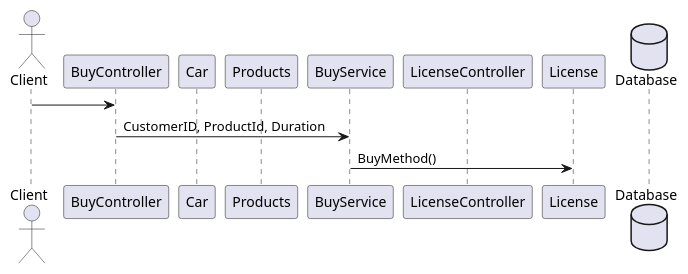
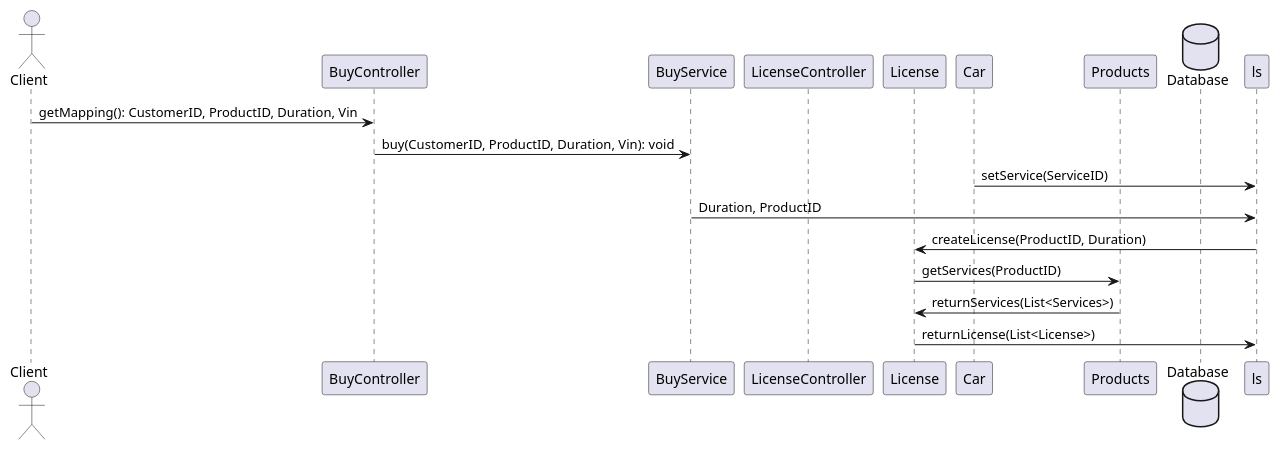
The diagram in SequenceBuy_1.puml (ljbg1996/car-backend), drawn with PlantUML before and after one commit. The commit also changed 1 other file, not shown here.

Commit message:
1.1.2 sequence

```diff
--- a/SequenceBuy_1.puml
+++ b/SequenceBuy_1.puml
@@ -1,21 +1,28 @@
 @startuml
 'https://plantuml.com/sequence-diagram
 
 actor Client as c
 participant BuyController as co
-participant Car as ca
-participant Products as p
 participant BuyService as s
 participant LicenseController as lc
 participant License as l
+participant Car as ca
+participant Products as p
 database Database as db
 
-c -> co:
-co-> s:CustomerID, ProductId, Duration
-s->  l: BuyMethod()
+c -> co: getMapping(): CustomerID, ProductID, Duration, Vin
+co-> s: buy(CustomerID, ProductID, Duration, Vin): void
+'s -> ca: setProduct(ProductId, Vin)
+ca -> ls: setService(ServiceID)
+
+s-> ls: Duration, ProductID
+ls->  l: createLicense(ProductID, Duration)
+l->p: getServices(ProductID)
+p->l: returnServices(List<Services>)
+l->ls: returnLicense(List<License>)
 
 
 
 
 
 @enduml
```
